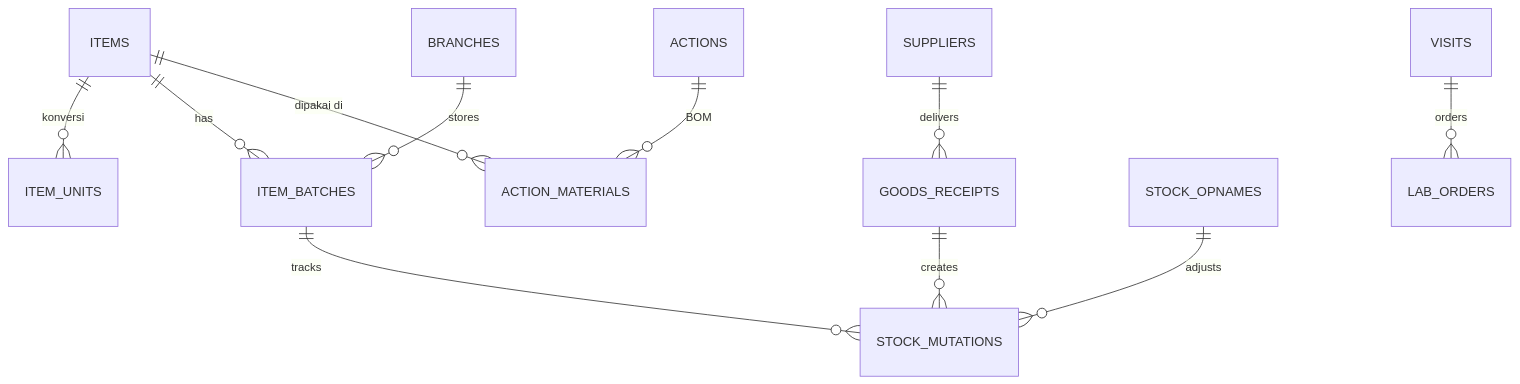
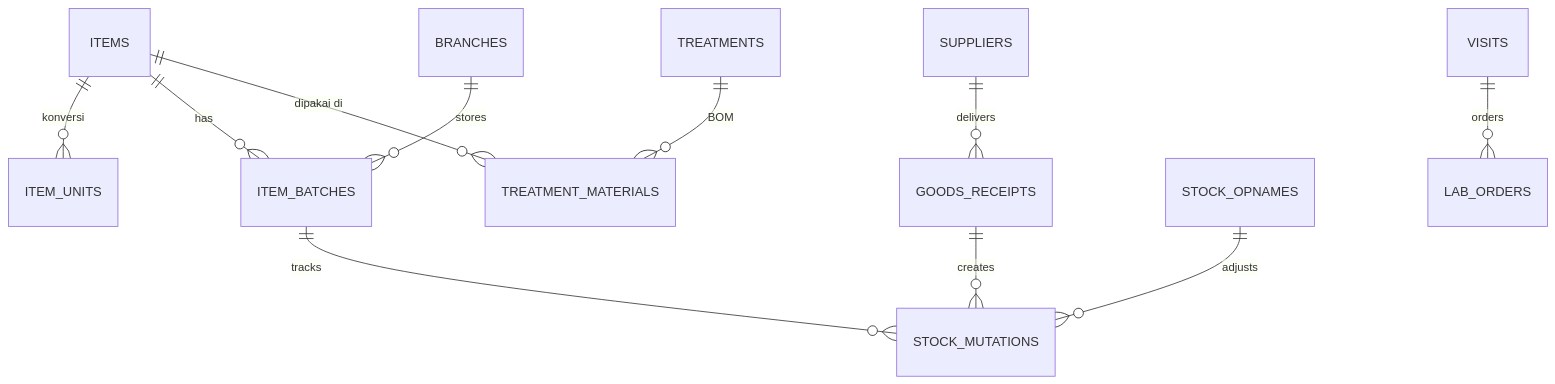
One commit to felicidad126/web-app-rz changed the fourth of 4 diagrams in docs/02-dental-pms-planning-v2.md. Above: the diagram before and after it, drawn with Mermaid. The commit also changed other lines of this file and 211 other files, not shown here.

````diff
--- a/docs/02-dental-pms-planning-v2.md
+++ b/docs/02-dental-pms-planning-v2.md
@@ -427,13 +427,13 @@
 ```mermaid
 erDiagram
     ITEMS ||--o{ ITEM_UNITS : "konversi"
     ITEMS ||--o{ ITEM_BATCHES : has
     BRANCHES ||--o{ ITEM_BATCHES : stores
     ITEM_BATCHES ||--o{ STOCK_MUTATIONS : tracks
-    ACTIONS ||--o{ ACTION_MATERIALS : "BOM"
-    ITEMS ||--o{ ACTION_MATERIALS : "dipakai di"
+    TREATMENTS ||--o{ TREATMENT_MATERIALS : "BOM"
+    ITEMS ||--o{ TREATMENT_MATERIALS : "dipakai di"
     SUPPLIERS ||--o{ GOODS_RECEIPTS : delivers
     GOODS_RECEIPTS ||--o{ STOCK_MUTATIONS : creates
     STOCK_OPNAMES ||--o{ STOCK_MUTATIONS : adjusts
     VISITS ||--o{ LAB_ORDERS : orders
 ```
````
